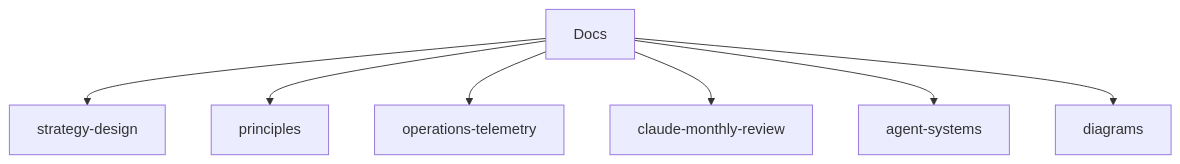
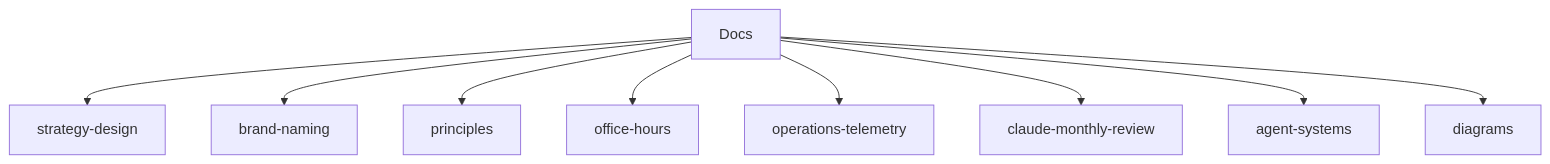
The diagram in docs/README.md (ggplab/solo-biz-playbook), drawn with Mermaid before and after one commit. The commit also changed other lines of this file and 9 other files, not shown here.

First line of the commit message:
add Office Hours 모듈 + 공유용 공개 정합성 수정

````diff
--- a/docs/README.md
+++ b/docs/README.md
@@ -7,9 +7,11 @@
 ```mermaid
 flowchart TD
   A[Docs] --> B[strategy-design]
+  A --> H[brand-naming]
   A --> C[principles]
+  A --> I[office-hours]
   A --> D[operations-telemetry]
   A --> E[claude-monthly-review]
   A --> F[agent-systems]
   A --> G[diagrams]
 ```
````
